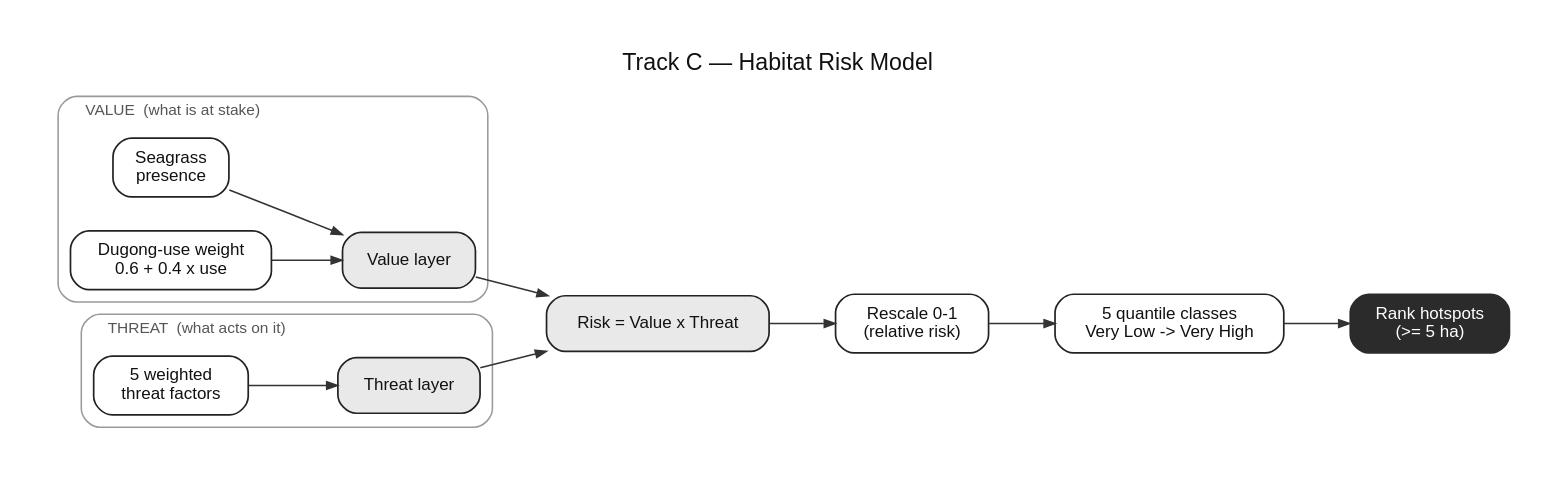
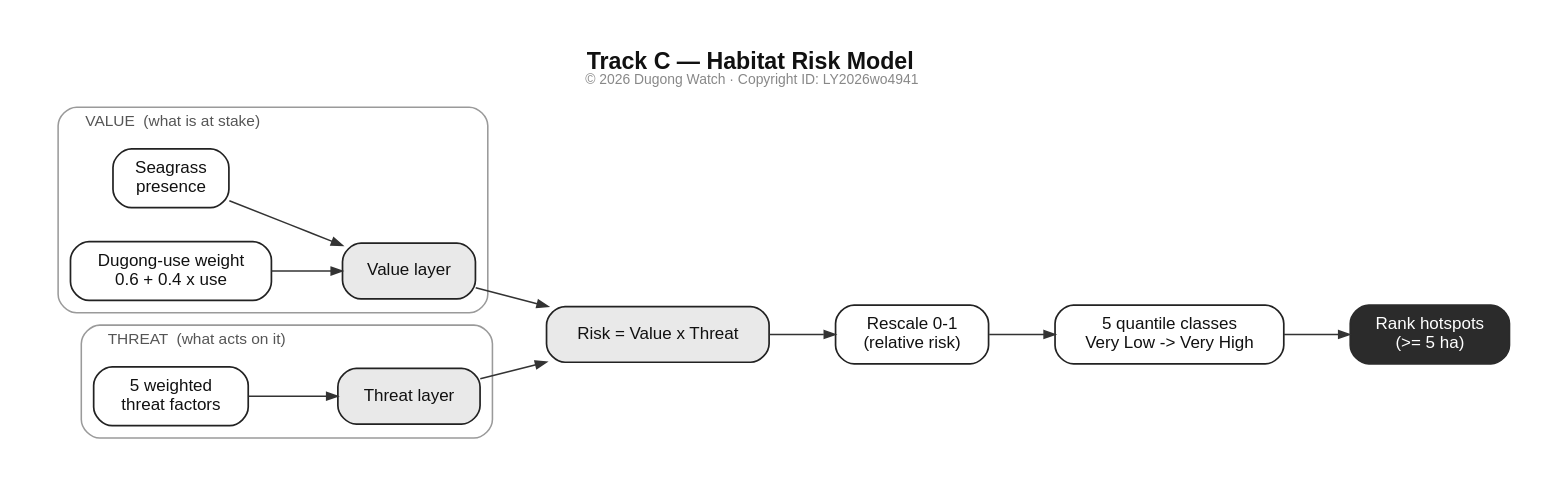
One commit to AbdulkarimBisharah/dugong-uae changed the diagram in diagrams/5_risk_model.dot. Above: the diagram before and after it, drawn with Graphviz. The commit also changed 26 other files, not shown here.

First line of the commit message:
docs: stamp diagrams with copyright ID LY2026wo4941; add all 6 to report

```diff
--- a/diagrams/5_risk_model.dot
+++ b/diagrams/5_risk_model.dot
@@ -1,28 +1,28 @@
 digraph risk_model {
   rankdir=LR;
-  graph [fontname="Helvetica", label="Track C — Habitat Risk Model", labelloc=t, fontsize=15, fontcolor="#111111", bgcolor="white", nodesep=0.3, ranksep=0.6, pad=0.3];
+  graph [fontname="Helvetica", label=<<b>Track C — Habitat Risk Model</b><br/><font point-size="9" color="#888888">&#169; 2026 Dugong Watch &#183; Copyright ID: LY2026wo4941</font>>, labelloc=t, fontsize=15, fontcolor="#111111", bgcolor="white", nodesep=0.3, ranksep=0.6, pad=0.3];
   node  [shape=box, style="rounded,filled", fillcolor="white", color="#222222", penwidth=1.1, fontname="Helvetica", fontsize=11, fontcolor="#111111", margin="0.16,0.10"];
   edge  [color="#333333", penwidth=1.0, arrowsize=0.7];
 
   subgraph cluster_val {
     label="  VALUE  (what is at stake)  "; labeljust=l; style="rounded"; color="#9a9a9a"; fontsize=10; fontcolor="#555555";
     seg [label="Seagrass\npresence"];
     dug [label="Dugong-use weight\n0.6 + 0.4 x use"];
     val [label="Value layer", fillcolor="#e9e9e9"];
     seg -> val; dug -> val;
   }
   subgraph cluster_thr {
     label="  THREAT  (what acts on it)  "; labeljust=l; style="rounded"; color="#9a9a9a"; fontsize=10; fontcolor="#555555";
     t5  [label="5 weighted\nthreat factors"];
     thr [label="Threat layer", fillcolor="#e9e9e9"];
     t5 -> thr;
   }
 
   risk [label="Risk = Value x Threat", fillcolor="#e9e9e9"];
   norm [label="Rescale 0-1\n(relative risk)"];
   cls  [label="5 quantile classes\nVery Low -> Very High"];
   hot  [label="Rank hotspots\n(>= 5 ha)", fillcolor="#2b2b2b", fontcolor="white", color="#2b2b2b"];
 
   val -> risk; thr -> risk;
   risk -> norm -> cls -> hot;
 }
```
